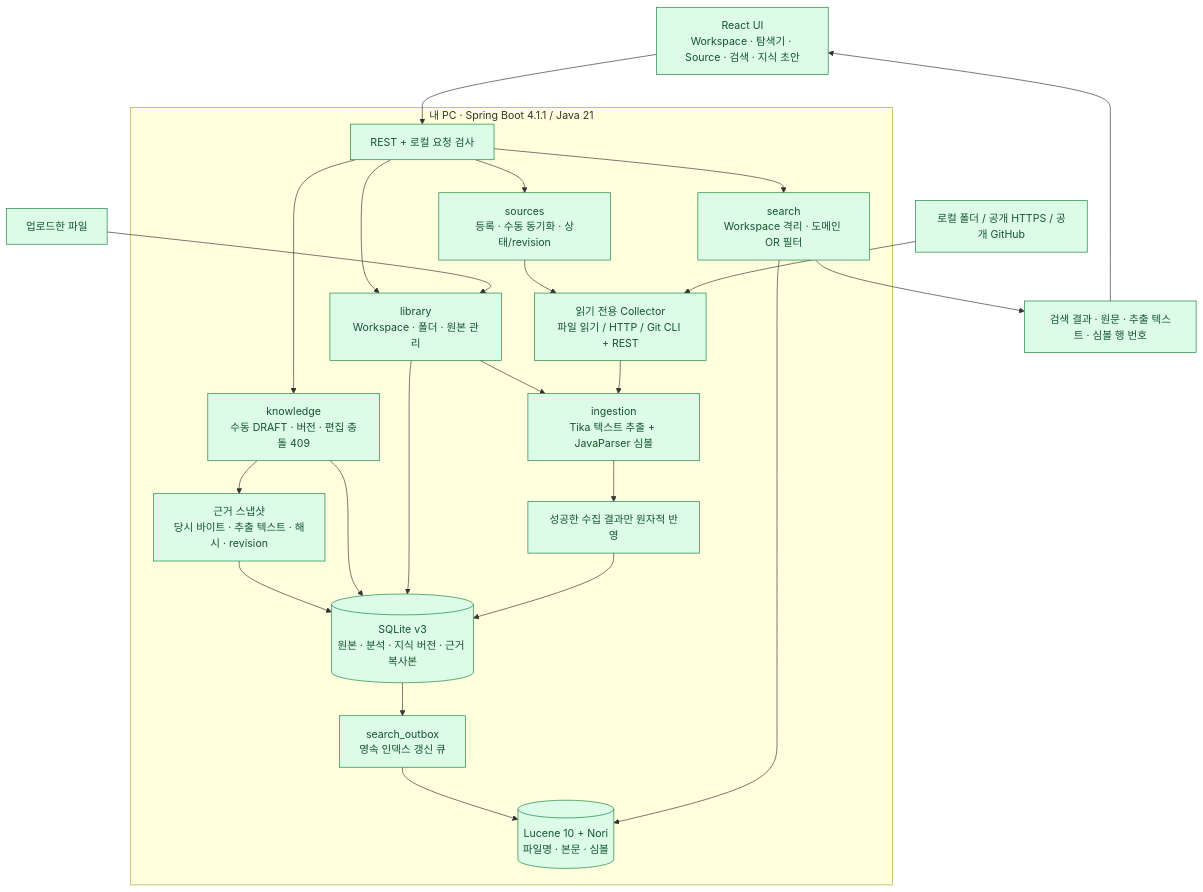
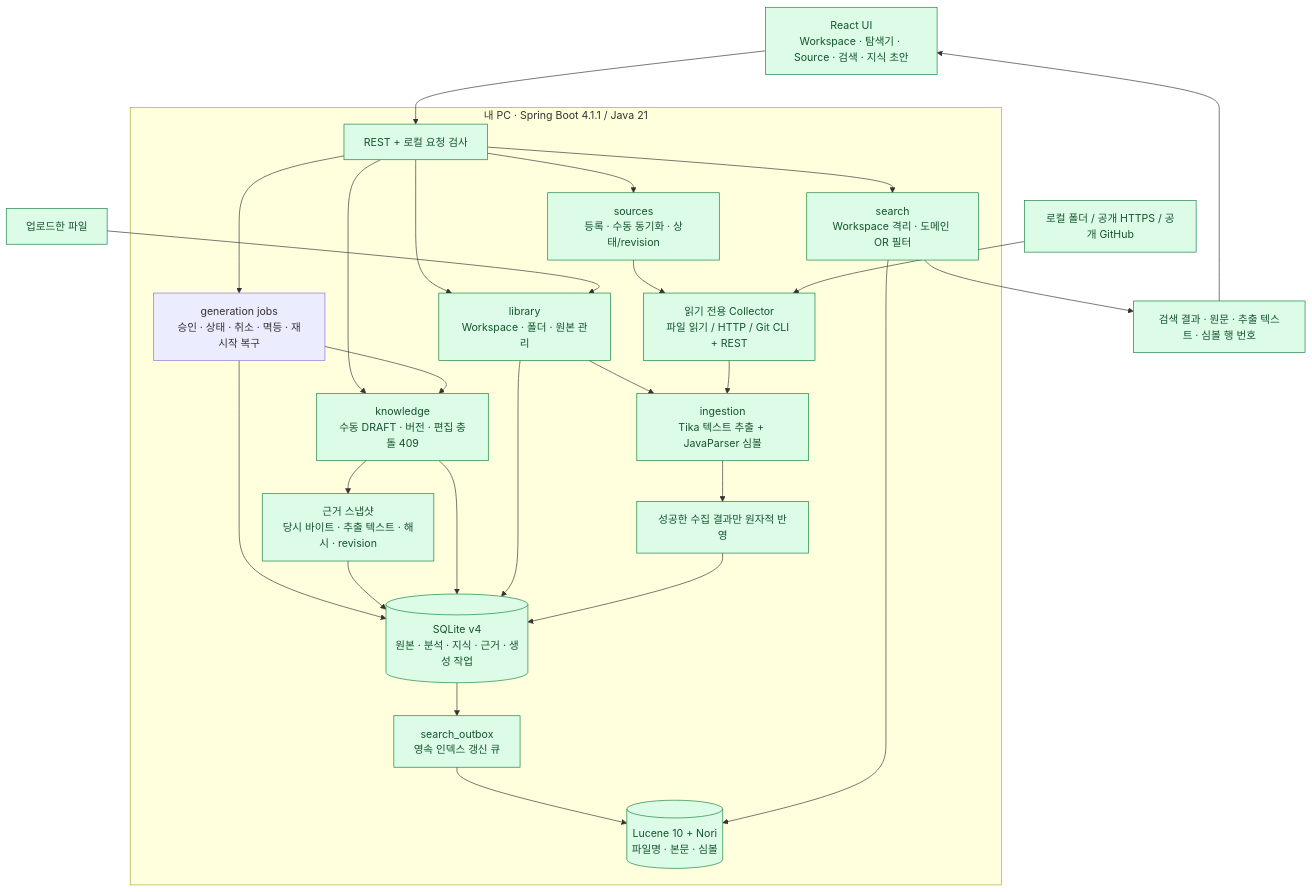
Before and after one commit to thisisnew/dougle: the second of 5 diagrams in docs/design-map.md, drawn with Mermaid. The commit also changed other lines of this file and 31 other files, not shown here.

Commit message:
feat: add durable cancellable AI generation jobs and idempotent retries

````diff
--- a/docs/design-map.md
+++ b/docs/design-map.md
@@ -53,43 +53,47 @@
 ```mermaid
 flowchart TB
     UI["React UI<br/>Workspace · 탐색기 · Source · 검색 · 지식 초안"]
     FILE["업로드한 파일"]
     INPUT["로컬 폴더 / 공개 HTTPS / 공개 GitHub"]
     subgraph APP["내 PC · Spring Boot 4.1.1 / Java 21"]
         API["REST + 로컬 요청 검사"]
         LIB["library<br/>Workspace · 폴더 · 원본 관리"]
         SRC["sources<br/>등록 · 수동 동기화 · 상태/revision"]
         COL["읽기 전용 Collector<br/>파일 읽기 / HTTP / Git CLI + REST"]
         ING["ingestion<br/>Tika 텍스트 추출 + JavaParser 심볼"]
         SAVE["성공한 수집 결과만 원자적 반영"]
-        DB[("SQLite v3<br/>원본 · 분석 · 지식 버전 · 근거 복사본")]
+        DB[("SQLite v4<br/>원본 · 분석 · 지식 · 근거 · 생성 작업")]
         KNOW["knowledge<br/>수동 DRAFT · 버전 · 편집 충돌 409"]
+        JOB["generation jobs<br/>승인 · 상태 · 취소 · 멱등 · 재시작 복구"]
         EVID["근거 스냅샷<br/>당시 바이트 · 추출 텍스트 · 해시 · revision"]
         QUEUE["search_outbox<br/>영속 인덱스 갱신 큐"]
         IDX[("Lucene 10 + Nori<br/>파일명 · 본문 · 심볼")]
         SEARCH["search<br/>Workspace 격리 · 도메인 OR 필터"]
         API --> LIB
         API --> SRC
         API --> SEARCH
         API --> KNOW
+        API --> JOB
+        JOB --> KNOW
+        JOB --> DB
         KNOW --> EVID
         EVID --> DB
         KNOW --> DB
         LIB --> DB
         LIB --> ING
         SRC --> COL
         COL --> ING
         ING --> SAVE
         SAVE --> DB
         DB --> QUEUE
         QUEUE --> IDX
         SEARCH --> IDX
     end
     UI --> API
     FILE --> LIB
     INPUT --> COL
     SEARCH --> RESULT["검색 결과 · 원문 · 추출 텍스트 · 심볼 행 번호"]
     RESULT --> UI
     classDef done fill:#dcfce7,stroke:#15803d,color:#14532d
     class UI,FILE,INPUT,API,LIB,SRC,COL,ING,SAVE,DB,QUEUE,IDX,SEARCH,RESULT,KNOW,EVID done
 ```
````
